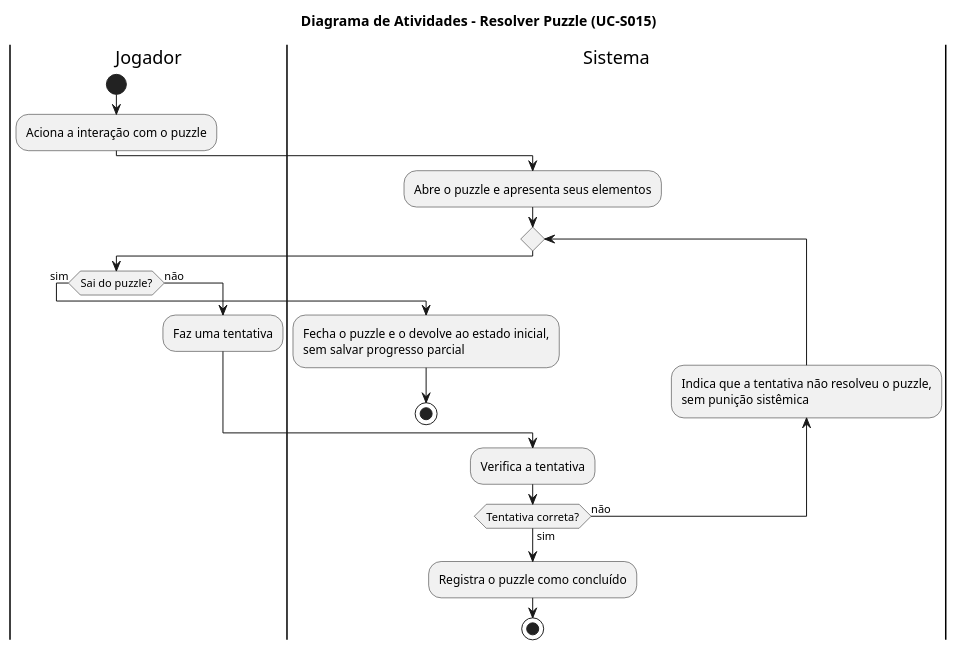
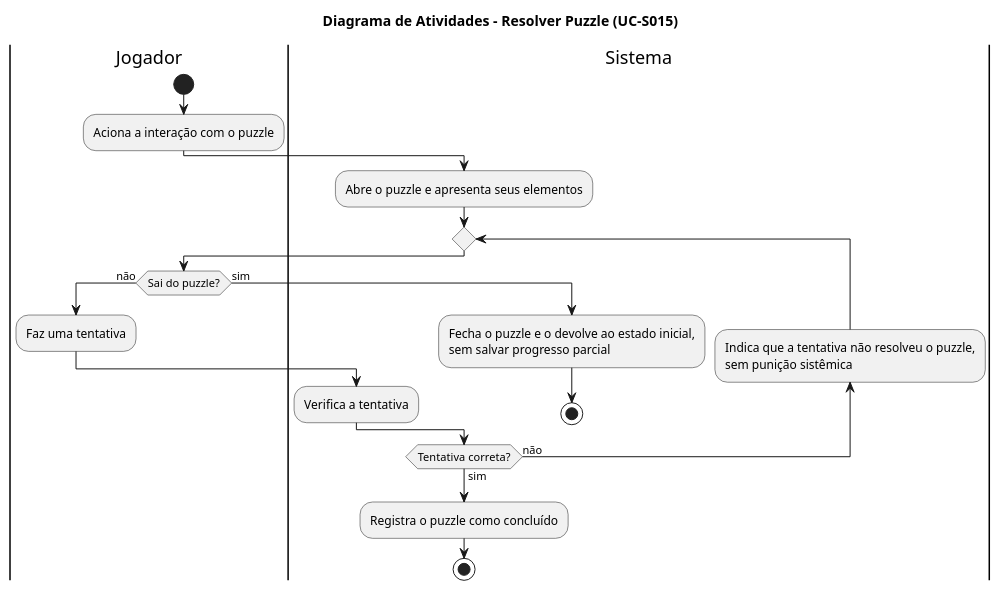
The diagram in docs/diagramas/atividades-resolver-puzzle.puml (omatheusfaria/Ani), drawn with PlantUML before and after one commit. The commit also changed 9 other files, not shown here.

Commit message:
Registra as correções do item 62 nos diagramas PlantUML e no texto do TG (alterações que estavam no working tree)

```diff
--- a/docs/diagramas/atividades-resolver-puzzle.puml
+++ b/docs/diagramas/atividades-resolver-puzzle.puml
@@ -1,27 +1,26 @@
 @startuml atividades-resolver-puzzle
 title Diagrama de Atividades – Resolver Puzzle (UC-S015)
 
 |Jogador|
 start
 :Aciona a interação com o puzzle;
 |Sistema|
 :Abre o puzzle e apresenta seus elementos;
 repeat
   |Jogador|
-  if (Sai do puzzle?) then (sim)
+  if (Sai do puzzle?) then (não)
+    :Faz uma tentativa;
+    |Sistema|
+    :Verifica a tentativa;
+  else (sim)
     |Sistema|
     :Fecha o puzzle e o devolve ao estado inicial,
     sem salvar progresso parcial;
     stop
-  else (não)
-    |Jogador|
-    :Faz uma tentativa;
   endif
-  |Sistema|
-  :Verifica a tentativa;
   backward:Indica que a tentativa não resolveu o puzzle,
   sem punição sistêmica;
 repeat while (Tentativa correta?) is (não) not (sim)
 :Registra o puzzle como concluído;
 stop
 @enduml
```
